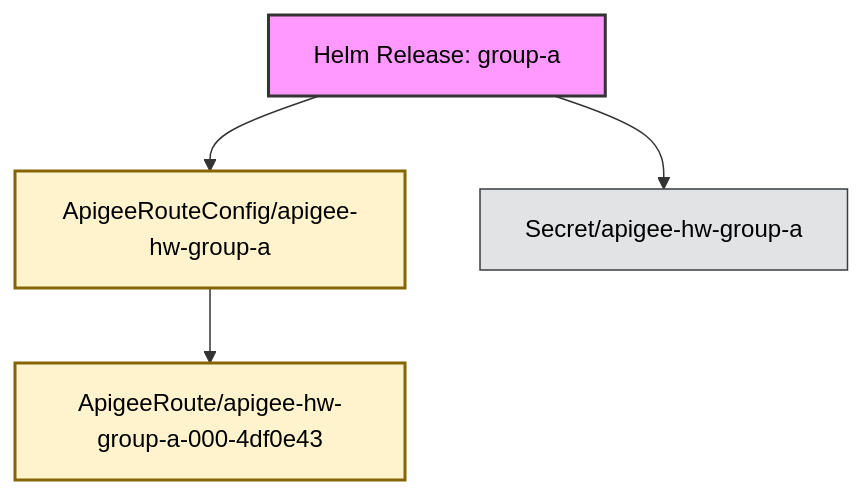
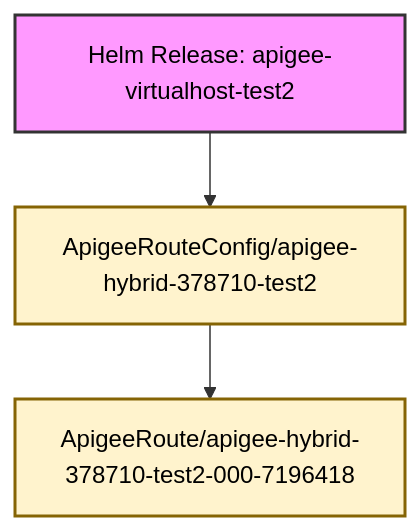
The diagram in generated/apigee-virtualhost-1.15.0-deep-all.md (anaik91/apigee-hybrid-relationship-builder), drawn with Mermaid before and after one commit. The commit also changed other lines of this file and 60 other files, not shown here.

````diff
--- a/generated/apigee-virtualhost-1.15.0-deep-all.md
+++ b/generated/apigee-virtualhost-1.15.0-deep-all.md
@@ -12,26 +12,23 @@
 ```mermaid
 graph TD;
     classDef helm fill:#f9f,stroke:#333,stroke-width:2px,color:#000
     classDef workload fill:#cce5ff,stroke:#004085,stroke-width:1px,color:#000
     classDef network fill:#d4edda,stroke:#155724,stroke-width:1px,color:#000
     classDef config fill:#e2e3e5,stroke:#383d41,stroke-width:1px,color:#000
     classDef rbac fill:#f8d7da,stroke:#721c24,stroke-width:1px,color:#000
     classDef apigee_crd fill:#fff3cd,stroke:#856404,stroke-width:2px,color:#000
     classDef cert_manager_crd fill:#d1ecf1,stroke:#0c5460,stroke-width:2px,color:#000
     classDef webhook fill:#ddd,stroke:#333,stroke-width:2px,color:#000
     classDef default fill:#fff,stroke:#333,stroke-width:1px,color:#000
 
-    ApigeeRouteConfigapigeehwgroupa["ApigeeRouteConfig/apigee-hw-group-a"]
-    ApigeeRouteapigeehwgroupa0004df0e43["ApigeeRoute/apigee-hw-group-a-000-4df0e43"]
-    HelmReleasegroupa["Helm Release: group-a"]
-    Secretapigeehwgroupa["Secret/apigee-hw-group-a"]
+    ApigeeRouteConfigapigeehybrid378710test2["ApigeeRouteConfig/apigee-hybrid-378710-test2"]
+    ApigeeRouteapigeehybrid378710test20007196418["ApigeeRoute/apigee-hybrid-378710-test2-000-7196418"]
+    HelmReleaseapigeevirtualhosttest2["Helm Release: apigee-virtualhost-test2"]
 
-    class ApigeeRouteConfigapigeehwgroupa apigee_crd;
-    class ApigeeRouteapigeehwgroupa0004df0e43 apigee_crd;
-    class HelmReleasegroupa helm;
-    class Secretapigeehwgroupa config;
+    class ApigeeRouteConfigapigeehybrid378710test2 apigee_crd;
+    class ApigeeRouteapigeehybrid378710test20007196418 apigee_crd;
+    class HelmReleaseapigeevirtualhosttest2 helm;
 
-    ApigeeRouteConfigapigeehwgroupa --> ApigeeRouteapigeehwgroupa0004df0e43
-    HelmReleasegroupa --> Secretapigeehwgroupa
-    HelmReleasegroupa --> ApigeeRouteConfigapigeehwgroupa
+    ApigeeRouteConfigapigeehybrid378710test2 --> ApigeeRouteapigeehybrid378710test20007196418
+    HelmReleaseapigeevirtualhosttest2 --> ApigeeRouteConfigapigeehybrid378710test2
 ```
````
